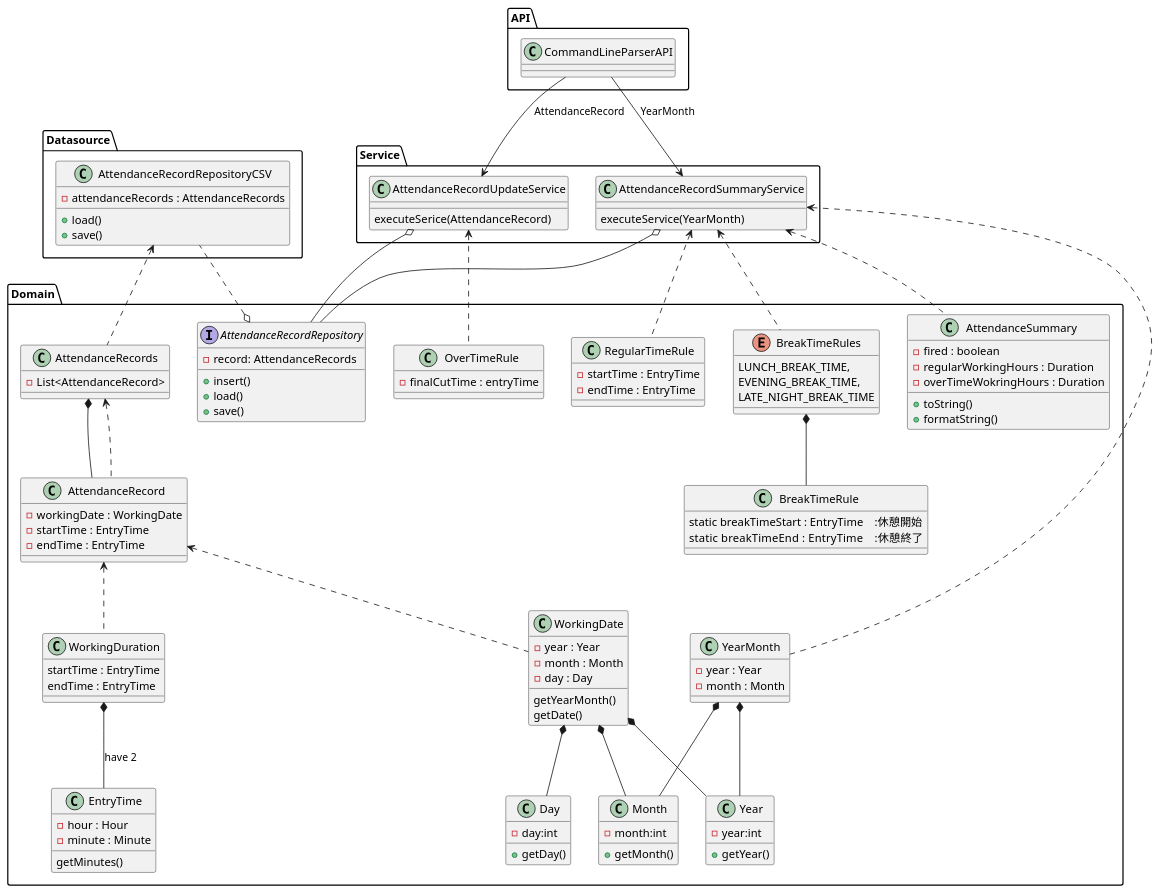
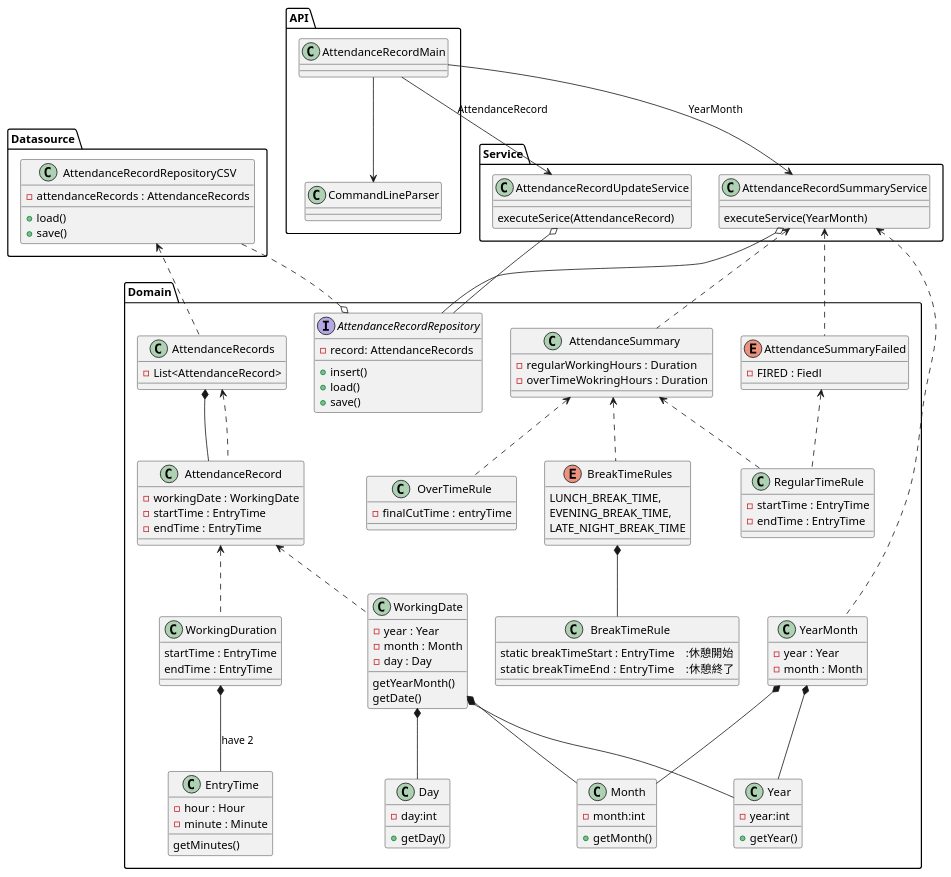
One commit to biglobe-isp/kintai changed the diagram in Documents/ClassDiagram.puml. Above: the diagram before and after it, drawn with PlantUML. The commit also changed 15 other files, not shown here.

Commit message:
Segregate RegularWokringRule to FireConditionRule and RegularWorkingDurationRule, update Class Diagram, remove unnecesarry comments.

```diff
--- a/Documents/ClassDiagram.puml
+++ b/Documents/ClassDiagram.puml
@@ -1,141 +1,146 @@
 @startuml
 
 package Datasource {
 class AttendanceRecordRepositoryCSV {
 -attendanceRecords : AttendanceRecords 
 +load()
 +save()
 }
 }
 
 package Domain {
 class Year {
 -year:int
 +getYear()
 }
 class Month {
 -month:int
 +getMonth()
 }
 class Day {
 -day:int
 +getDay()
 }
 class WorkingDate {
 -year : Year
 -month : Month
 -day : Day
 getYearMonth()
 getDate()
 }
 
 
 WorkingDate *-down- Year
 WorkingDate *-down- Month
 WorkingDate *-down- Day
 
 class YearMonth {
 -year : Year
 -month : Month
 }
 
 YearMonth *-down= Year
 YearMonth *-down- Month
 
 class EntryTime {
   -hour : Hour
   -minute : Minute
   getMinutes()
 }
 
 class WorkingDuration {
 startTime : EntryTime
 endTime : EntryTime
 }
 
 WorkingDuration *-down- EntryTime  : have 2 
 
 class RegularTimeRule {
 -startTime : EntryTime 
 -endTime : EntryTime 
 }
 
 Enum BreakTimeRules {
 LUNCH_BREAK_TIME,
 EVENING_BREAK_TIME,
 LATE_NIGHT_BREAK_TIME
 }
 
 class BreakTimeRule {
 static breakTimeStart : EntryTime　:休憩開始
 static breakTimeEnd   : EntryTime　:休憩終了
 }
 
 BreakTimeRules *-down- BreakTimeRule 
 
 
 class OverTimeRule {
 -finalCutTime : entryTime  
 }
 
 class AttendanceRecords {
 -List<AttendanceRecord>
 }
 
 class AttendanceRecord {
 -workingDate : WorkingDate
 -startTime : EntryTime
 -endTime : EntryTime
 }
 
 AttendanceRecords *-down- AttendanceRecord 
 
 interface AttendanceRecordRepository {
 -record: AttendanceRecords
 +insert()
 +load()
 +save()
 }
 
 class AttendanceSummary {
-+toString()
-+formatString()
--fired : boolean 
 -regularWorkingHours : Duration
 -overTimeWokringHours : Duration
 }
 
+Enum AttendanceSummaryFailed {
+-FIRED : Fiedl 
+}
 }
 package API {
-class CommandLineParserAPI
+class AttendanceRecordMain
+class CommandLineParser
 }
 package Service
 {
 class AttendanceRecordUpdateService {
 executeSerice(AttendanceRecord)
 }
 class AttendanceRecordSummaryService
 {
 executeService(YearMonth)
 }
 
 AttendanceRecordUpdateService o--  AttendanceRecordRepository 
-AttendanceRecordUpdateService <.. OverTimeRule
 AttendanceRecordSummaryService o-- AttendanceRecordRepository
-AttendanceRecordSummaryService <.. BreakTimeRules
-AttendanceRecordSummaryService <.. RegularTimeRule
 AttendanceRecordSummaryService <.. AttendanceSummary 
+AttendanceRecordSummaryService <.. AttendanceSummaryFailed
 AttendanceRecordSummaryService <.. YearMonth 
 
-CommandLineParserAPI --> AttendanceRecordUpdateService : AttendanceRecord
-CommandLineParserAPI --> AttendanceRecordSummaryService : YearMonth
+AttendanceSummary <.. OverTimeRule
+AttendanceSummary <.. BreakTimeRules
+AttendanceSummary <.. RegularTimeRule
+AttendanceSummaryFailed <.. RegularTimeRule
+
+AttendanceRecordMain --> CommandLineParser
+AttendanceRecordMain --> AttendanceRecordUpdateService : AttendanceRecord
+AttendanceRecordMain --> AttendanceRecordSummaryService : YearMonth
 
 AttendanceRecord <.. WorkingDate
 AttendanceRecord <.. WorkingDuration
 AttendanceRecords <.. AttendanceRecord
 AttendanceRecordRepositoryCSV  <.. AttendanceRecords
 
 AttendanceRecordRepository o.. AttendanceRecordRepositoryCSV
 
 
 @enduml
```
